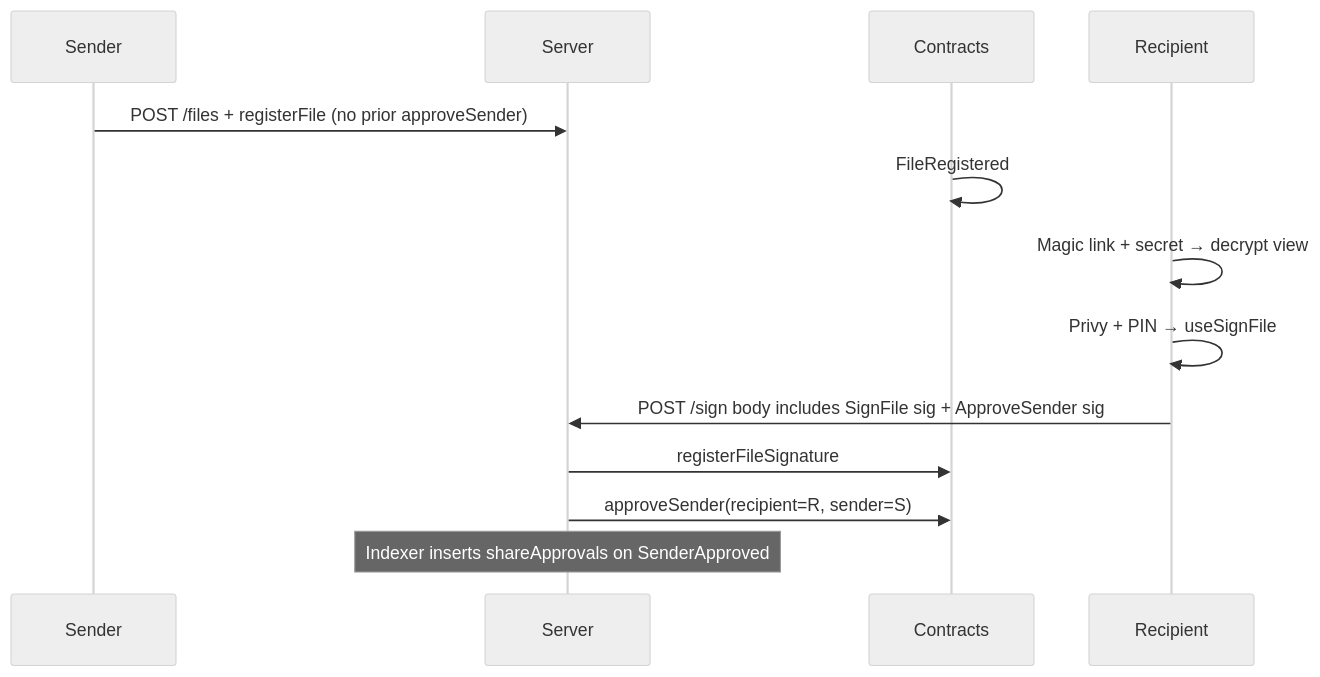
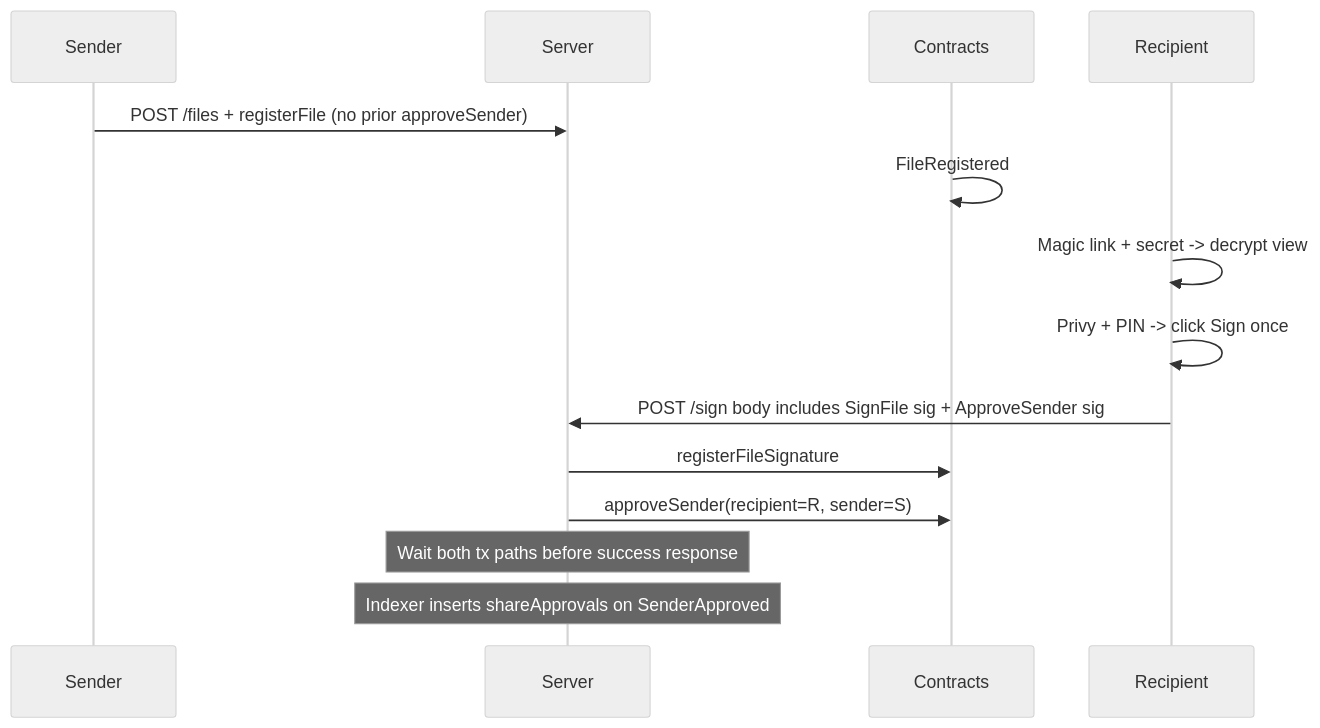
Before and after one commit to hetairoi-labs/filosign: the diagram in .cursor/plans/magic_link_secret_onboarding_privy.plan.md, drawn with Mermaid (neutral theme). The commit also changed other lines of this file, not shown here.

First line of the commit message:
[PLANS] - Update magic link onboarding plan

````diff
--- a/.cursor/plans/magic_link_secret_onboarding_privy.plan.md
+++ b/.cursor/plans/magic_link_secret_onboarding_privy.plan.md
@@ -137,16 +117,17 @@
 ```mermaid
 sequenceDiagram
   participant S as Sender
   participant API as Server
   participant Chain as Contracts
   participant R as Recipient
 
   S->>API: POST /files + registerFile (no prior approveSender)
   Chain->>Chain: FileRegistered
-  R->>R: Magic link + secret → decrypt view
-  R->>R: Privy + PIN → useSignFile
+  R->>R: Magic link + secret -> decrypt view
+  R->>R: Privy + PIN -> click Sign once
   R->>API: POST /sign body includes SignFile sig + ApproveSender sig
   API->>Chain: registerFileSignature
   API->>Chain: approveSender(recipient=R, sender=S)
+  Note over API: Wait both tx paths before success response
   Note over API: Indexer inserts shareApprovals on SenderApproved
 ```
````
